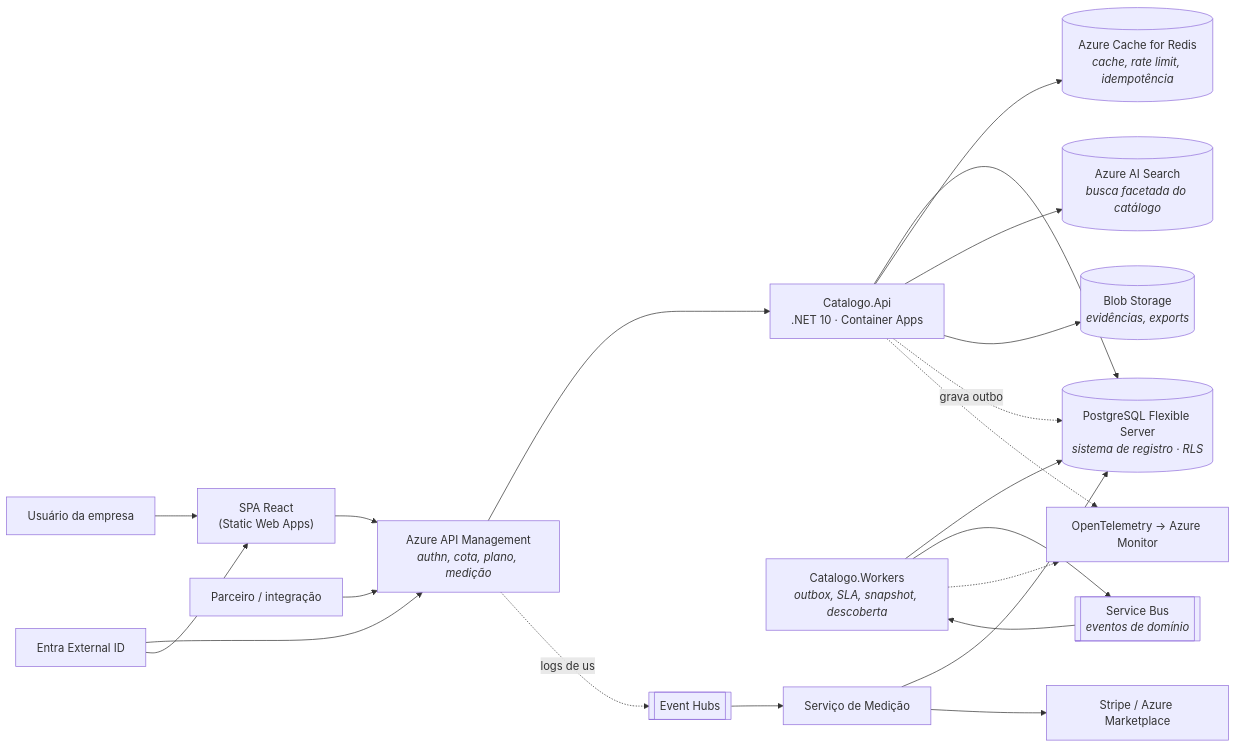
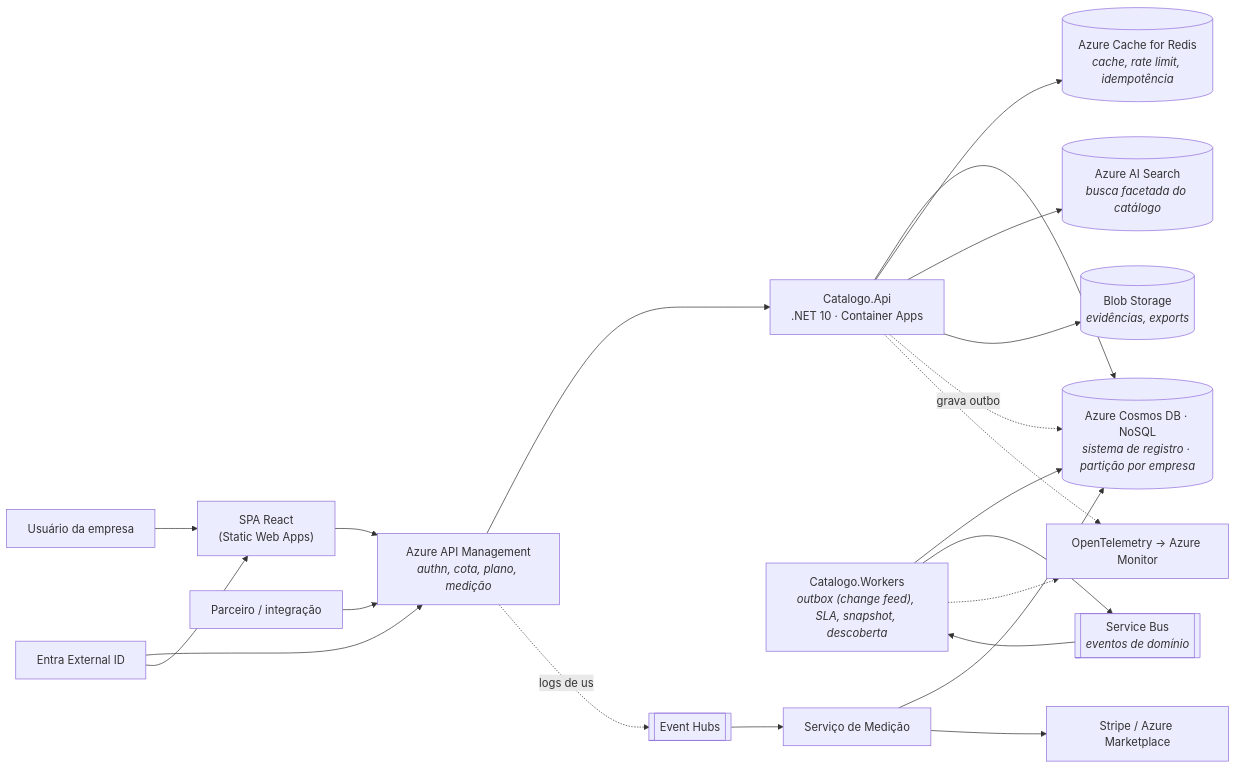
The second of 3 diagrams in docs/ARQUITETURA.md (davidjeiel/Jornada-DDD), drawn with Mermaid before and after one commit. The commit also changed other lines of this file and 62 other files, not shown here.

````diff
--- a/docs/ARQUITETURA.md
+++ b/docs/ARQUITETURA.md
@@ -131,30 +131,30 @@
 ```mermaid
 flowchart LR
   U["Usuário da empresa"] --> FE["SPA React<br/>(Static Web Apps)"]
   P["Parceiro / integração"] --> APIM
 
   FE --> APIM["Azure API Management<br/><i>authn, cota, plano, medição</i>"]
   APIM --> API["Catalogo.Api<br/>.NET 10 · Container Apps"]
 
-  API --> PG[("PostgreSQL Flexible Server<br/><i>sistema de registro · RLS</i>")]
+  API --> PG[("Azure Cosmos DB · NoSQL<br/><i>sistema de registro · partição por empresa</i>")]
   API --> RED[("Azure Cache for Redis<br/><i>cache, rate limit, idempotência</i>")]
   API --> SRCH[("Azure AI Search<br/><i>busca facetada do catálogo</i>")]
   API --> BLOB[("Blob Storage<br/><i>evidências, exports</i>")]
   API -.grava outbox.-> PG
 
-  W["Catalogo.Workers<br/><i>outbox, SLA, snapshot, descoberta</i>"] --> PG
+  W["Catalogo.Workers<br/><i>outbox (change feed), SLA, snapshot, descoberta</i>"] --> PG
   W --> SB[["Service Bus<br/><i>eventos de domínio</i>"]]
   SB --> W
 
   APIM -.logs de uso.-> EH[["Event Hubs"]]
   EH --> MED["Serviço de Medição"]
   MED --> PG
   MED --> STR["Stripe / Azure Marketplace"]
 
   ENTRA["Entra External ID"] --> APIM
   ENTRA --> FE
 
   OTEL["OpenTelemetry → Azure Monitor"]
   API -.-> OTEL
   W -.-> OTEL
 ```
````
